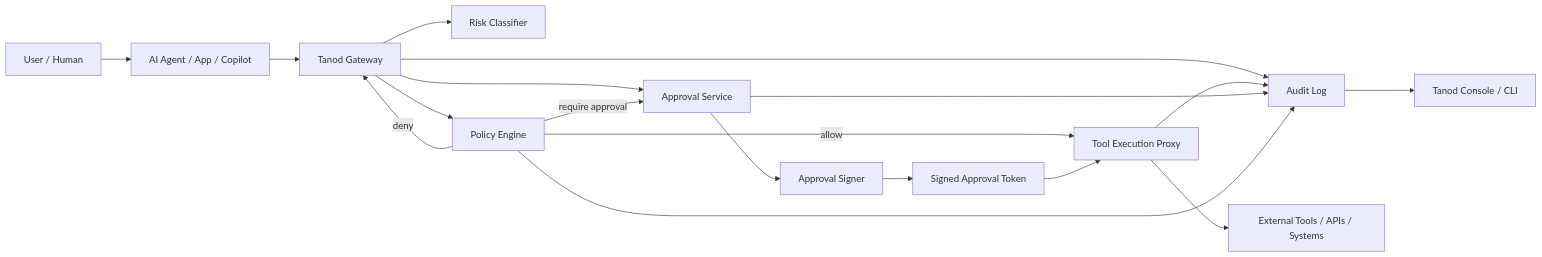
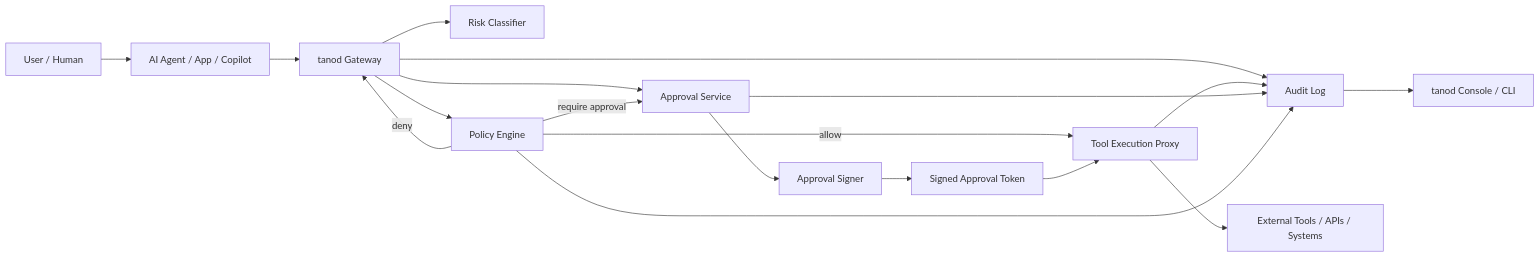
Before and after one commit to tanod-ai/tanod: the diagram in README.md, drawn with Mermaid. The commit also changed other lines of this file and 40 other files, not shown here.

Commit message:
Enhance tanod console auth and naming

````diff
--- a/README.md
+++ b/README.md
@@ -73,25 +89,25 @@
 ```mermaid
 flowchart LR
     User[User / Human] --> Agent[AI Agent / App / Copilot]
-    Agent --> Gateway[Tanod Gateway]
+    Agent --> Gateway[tanod Gateway]
 
     Gateway --> Classifier[Risk Classifier]
     Gateway --> Policy[Policy Engine]
     Gateway --> Approval[Approval Service]
     Gateway --> Audit[Audit Log]
 
     Policy -->|allow| ToolProxy[Tool Execution Proxy]
     Policy -->|deny| Gateway
     Policy -->|require approval| Approval
 
     Approval --> Signer[Approval Signer]
     Signer --> Token[Signed Approval Token]
     Token --> ToolProxy
 
     ToolProxy --> Tools[External Tools / APIs / Systems]
     ToolProxy --> Audit
     Approval --> Audit
     Policy --> Audit
 
-    Audit --> Console[Tanod Console / CLI]
+    Audit --> Console[tanod Console / CLI]
 ```
````
